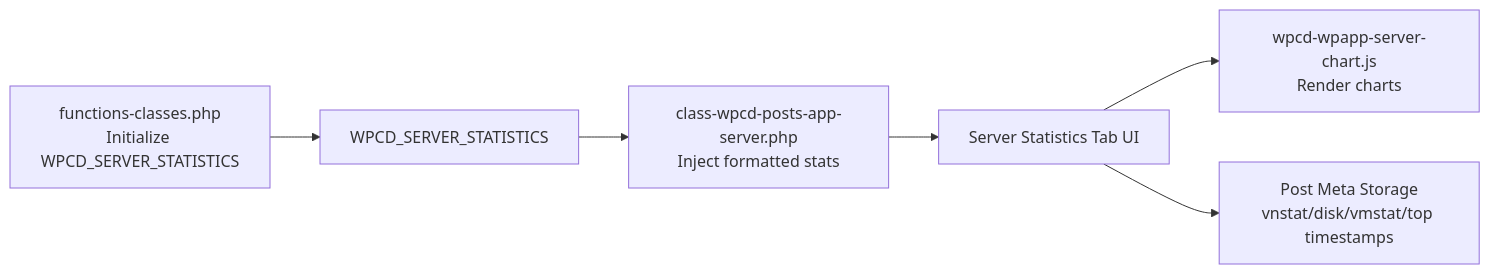
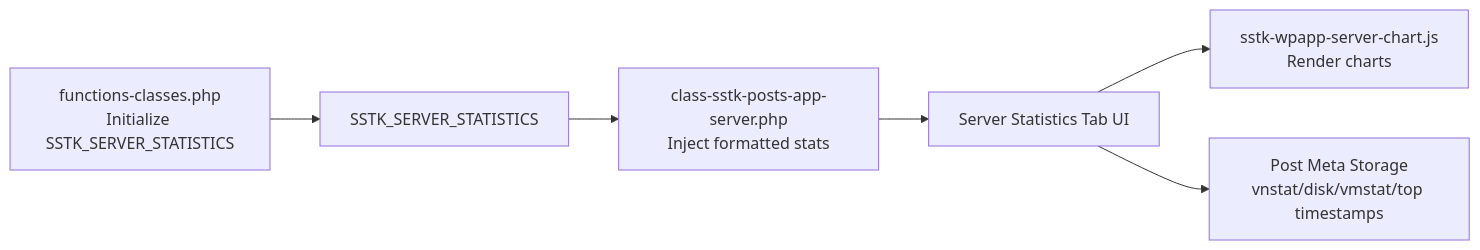
The sixth of 7 diagrams in .qoder/repowiki/en/content/Logging & Monitoring/System Monitoring & Metrics/Server Performance Metrics.md (onedogsolutions/simple-stack), drawn with Mermaid before and after one commit. The commit also changed other lines of this file and 5941 other files, not shown here.

````diff
--- a/.qoder/repowiki/en/content/Logging & Monitoring/System Monitoring & Metrics/Server Performance Metrics.md
+++ b/.qoder/repowiki/en/content/Logging & Monitoring/System Monitoring & Metrics/Server Performance Metrics.md
@@ -264,8 +264,8 @@
 ```mermaid
 graph LR
-Init["functions-classes.php<br/>Initialize WPCD_SERVER_STATISTICS"] --> Class["WPCD_SERVER_STATISTICS"]
-Class --> Renderer["class-wpcd-posts-app-server.php<br/>Inject formatted stats"]
+Init["functions-classes.php<br/>Initialize SSTK_SERVER_STATISTICS"] --> Class["SSTK_SERVER_STATISTICS"]
+Class --> Renderer["class-sstk-posts-app-server.php<br/>Inject formatted stats"]
 Renderer --> UI["Server Statistics Tab UI"]
-UI --> JS["wpcd-wpapp-server-chart.js<br/>Render charts"]
+UI --> JS["sstk-wpapp-server-chart.js<br/>Render charts"]
 UI --> Meta["Post Meta Storage<br/>vnstat/disk/vmstat/top timestamps"]
 ```
````
